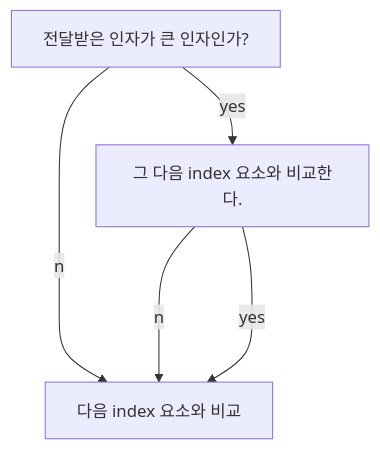
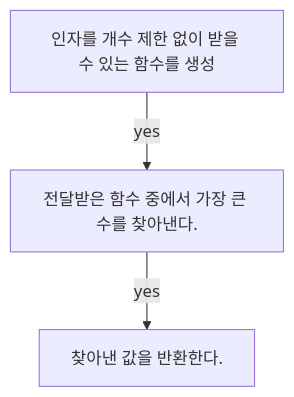
The diagram in _posts/2019-12-06-my-Presentation.md (mchaemil/mchaemil.github.io), drawn with Mermaid before and after one commit. The commit also changed other lines of this file and 1 other file, not shown here.

Commit message:
update post

````diff
--- a/_posts/2019-12-06-my-Presentation.md
+++ b/_posts/2019-12-06-my-Presentation.md
@@ -21,10 +18,8 @@
 ```mermaid
 graph TB;
-    A[전달받은 인자가 큰 인자인가?]
-    B[다음 index 요소와 비교]
-    C[그 다음 index 요소와 비교한다.]
-    A--no-->B;
-    A--yes-->C;
-    C--no-->B;
-    C--yes-->B;
+    A[인자를 개수 제한 없이 받을 수 있는 함수를 생성]
+    B[전달받은 함수 중에서 가장 큰 수를 찾아낸다.]
+    C[찾아낸 값을 반환한다.]
+    A--yes-->B;
+    B--yes-->C;    
 ```
````
